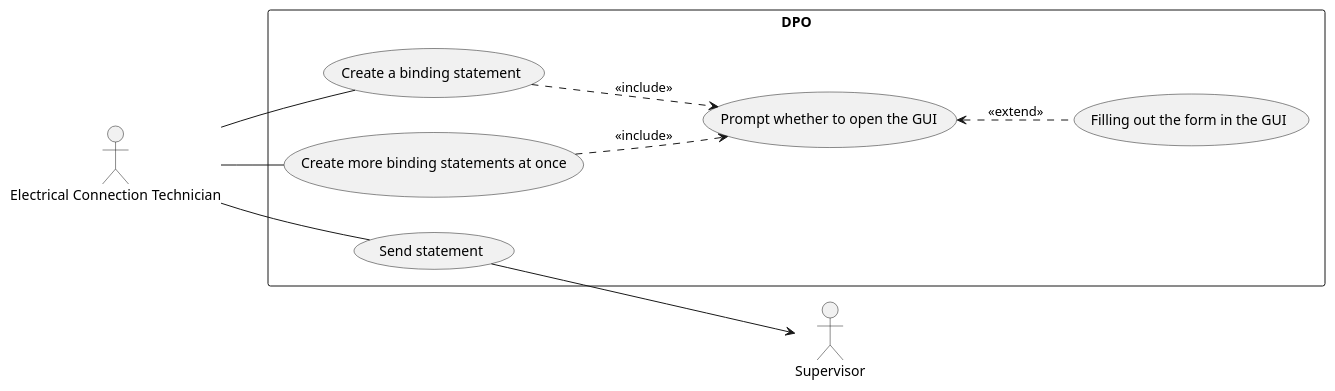
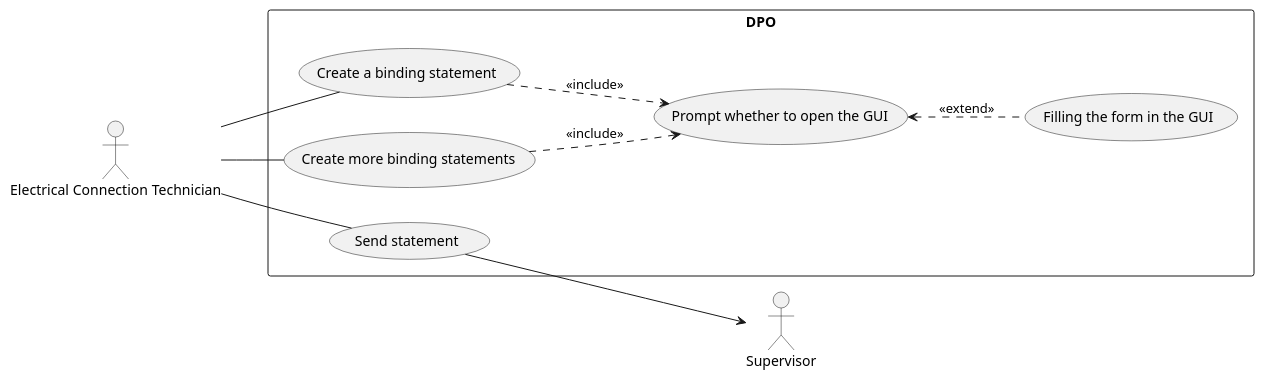
One commit to PetoSisan/DPO changed the diagram in docs/use_case.puml. Above: the diagram before and after it, drawn with PlantUML.

Commit message:
adds a use case diagram

```diff
--- a/docs/use_case.puml
+++ b/docs/use_case.puml
@@ -1,27 +1,27 @@
 @startuml DPO
 
 actor "Electrical Connection Technician" as technician
 actor "Supervisor" as supervisor
 
 left to right direction
 
 rectangle "DPO" as DPO {
     usecase "Create a binding statement" as createStatement
-    usecase "Filling out the form in the GUI" as gui
+    usecase "Filling the form in the GUI" as gui
     usecase "Prompt whether to open the GUI" as prompt
-    usecase "Create more binding statements at once" as createStatements
+    usecase "Create more binding statements" as createStatements
     usecase "Send statement" as send
 }
 
 
 technician -- createStatement
 createStatement ..> prompt : <<include>>
 prompt <.. gui : <<extend>>
 
 technician -- createStatements
 createStatements ..> prompt : <<include>>
 
 technician -- send
 send --> supervisor
 
 @enduml 
```
